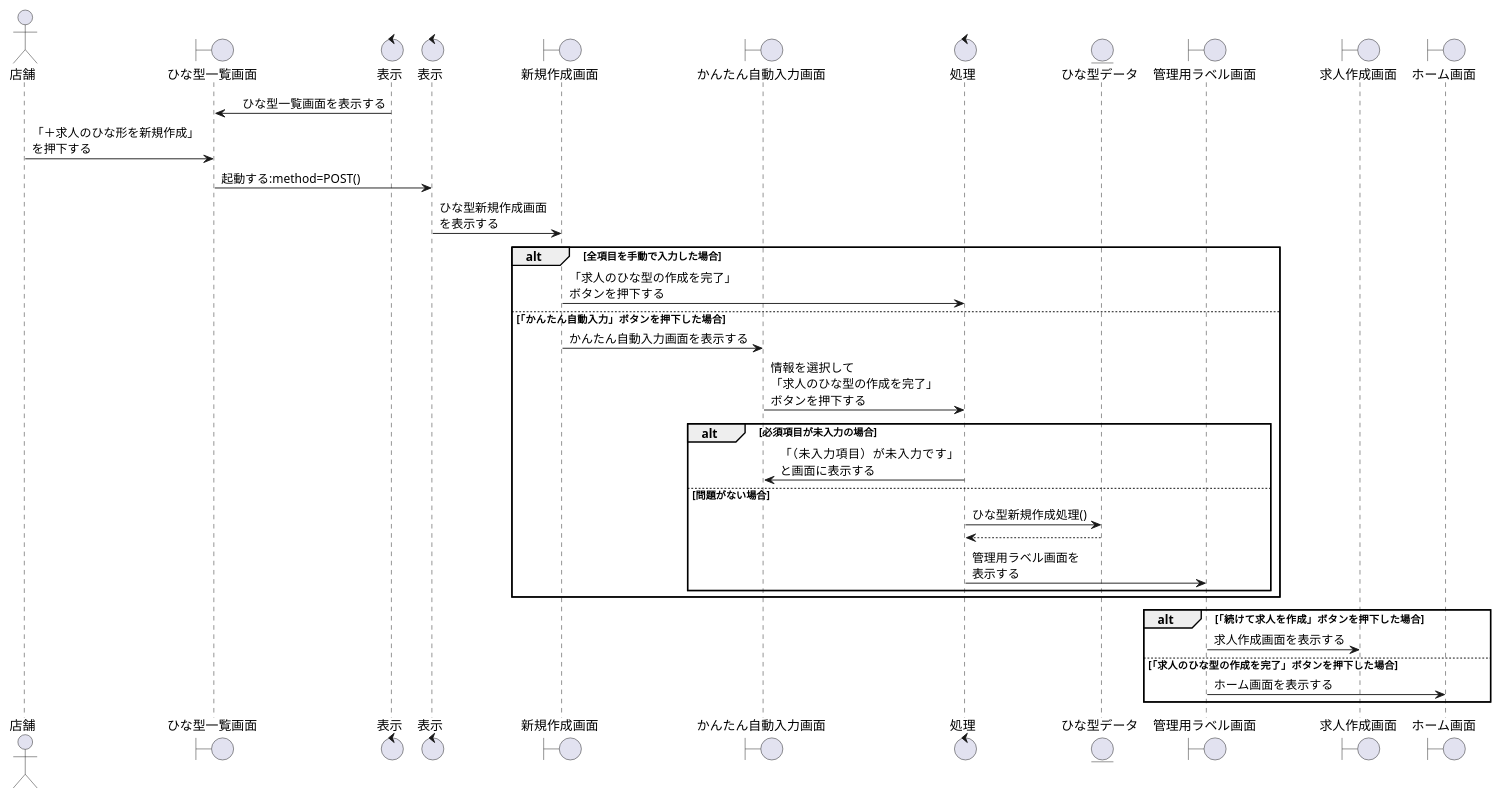
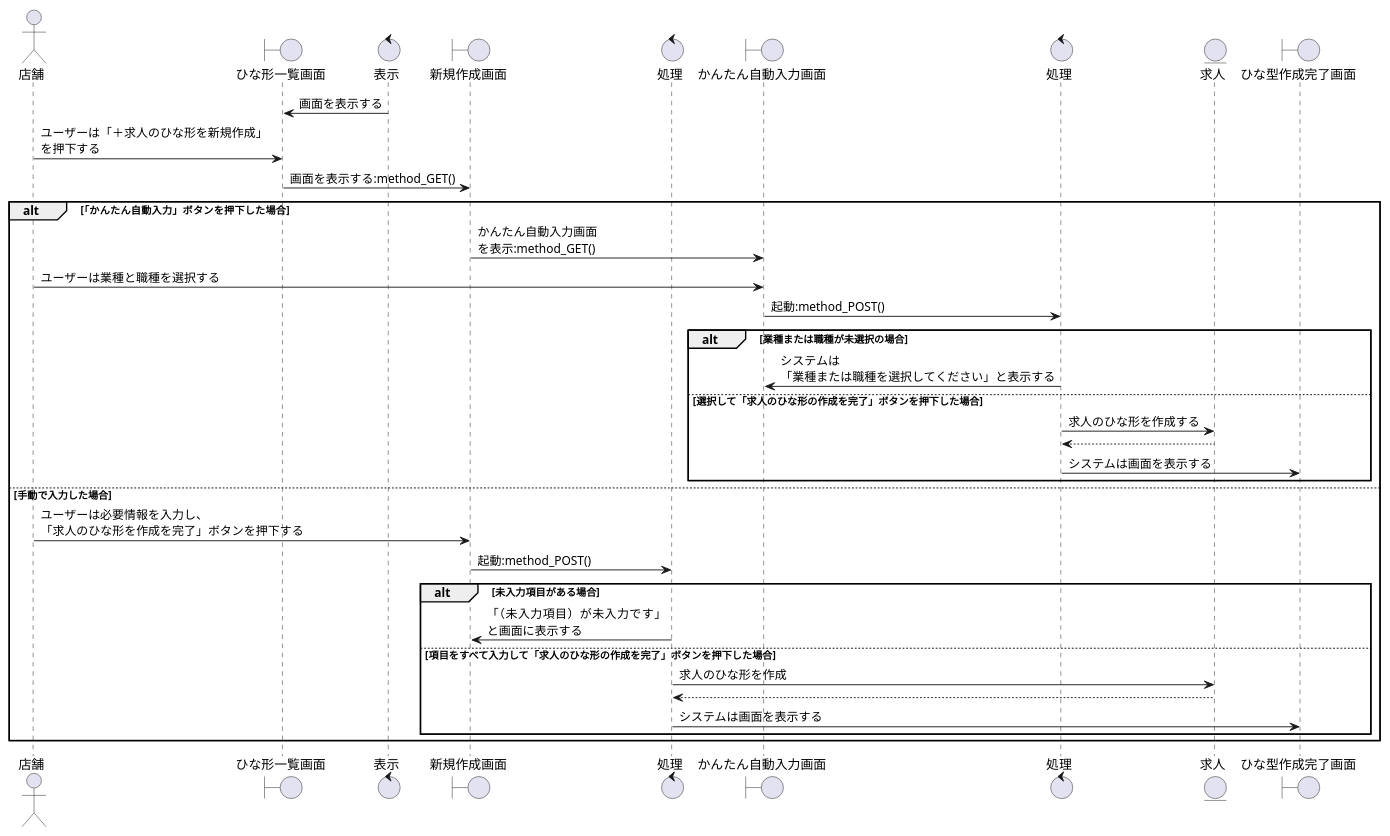
Before and after one commit to irukacb256/high_Me: the diagram in sequence_fig/8_storeside_fn/02_求人のひな形を作成する.pu, drawn with PlantUML. The commit also changed 3 other files, not shown here.

```diff
--- a/sequence_fig/8_storeside_fn/02_求人のひな形を作成する.pu
+++ b/sequence_fig/8_storeside_fn/02_求人のひな形を作成する.pu
@@ -1,46 +1,51 @@
 @startuml 求人のひな形を作成する
 
 actor 店舗 as cp1
-boundary ひな型一覧画面 as b1
+boundary ひな形一覧画面 as b1
 control 表示 as co1
-control 表示 as co2
 boundary 新規作成画面 as b2
+control 処理 as co2
 boundary かんたん自動入力画面 as b3
-control 処理 as co4
-entity ひな型データ as en1
-boundary 管理用ラベル画面 as b4
-boundary 求人作成画面 as b5
-boundary ホーム画面 as b6
+control 処理 as co3
+entity 求人 as en1
 
-b1 <- co1 :　ひな型一覧画面を表示する
-cp1 -> b1 :「＋求人のひな形を新規作成」\nを押下する
-b1  -> co2 :起動する:method=POST()
-co2 -> b2 :ひな型新規作成画面\nを表示する
+boundary ひな型作成完了画面 as b4
 
-alt 全項目を手動で入力した場合
-b2  -> co4 :「求人のひな型の作成を完了」\nボタンを押下する
+b1 <- co1 : 画面を表示する
+cp1 -> b1 :ユーザーは「＋求人のひな形を新規作成」\nを押下する
+b1 -> b2 : 画面を表示する:method_GET()
 
-else 「かんたん自動入力」ボタンを押下した場合
-b2 -> b3 :かんたん自動入力画面を表示する
-b3  -> co4 :情報を選択して\n「求人のひな型の作成を完了」\nボタンを押下する
+alt 「かんたん自動入力」ボタンを押下した場合
+    b2 -> b3 : かんたん自動入力画面\nを表示:method_GET()
+    cp1 -> b3 : ユーザーは業種と職種を選択する
+    b3 -> co3 : 起動:method_POST()
 
-    alt 必須項目が未入力の場合
-    b3 <- co4 :「（未入力項目）が未入力です」\nと画面に表示する
-  
-    else 問題がない場合
-    co4 -> en1 :ひな型新規作成処理()
-    co4 <-- en1
-    co4 -> b4 :管理用ラベル画面を\n表示する
- 
+    alt 業種または職種が未選択の場合
+        co3 -> b3 : システムは\n「業種または職種を選択してください」と表示する
+
+    else 選択して「求人のひな形の作成を完了」ボタンを押下した場合
+        co3 -> en1 : 求人のひな形を作成する
+        co3 <-- en1
+        co3 -> b4 : システムは画面を表示する
+
+    end
+
+else 手動で入力した場合
+    cp1 -> b2 : ユーザーは必要情報を入力し、\n「求人のひな形を作成を完了」ボタンを押下する
+    b2 -> co2 : 起動:method_POST()
+
+    alt 未入力項目がある場合
+    co2 -> b2 : 「（未入力項目）が未入力です」\nと画面に表示する
+
+
+
+    else 項目をすべて入力して「求人のひな形の作成を完了」ボタンを押下した場合
+        co2 -> en1 : 求人のひな形を作成
+        co2 <-- en1
+        co2 -> b4 : システムは画面を表示する
+
     end
 end
 
-alt 「続けて求人を作成」ボタンを押下した場合
-b4 -> b5 :求人作成画面を表示する
-    
-else 「求人のひな型の作成を完了」ボタンを押下した場合
-b4 -> b6 :ホーム画面を表示する
-
-end
 
 @enduml
```
